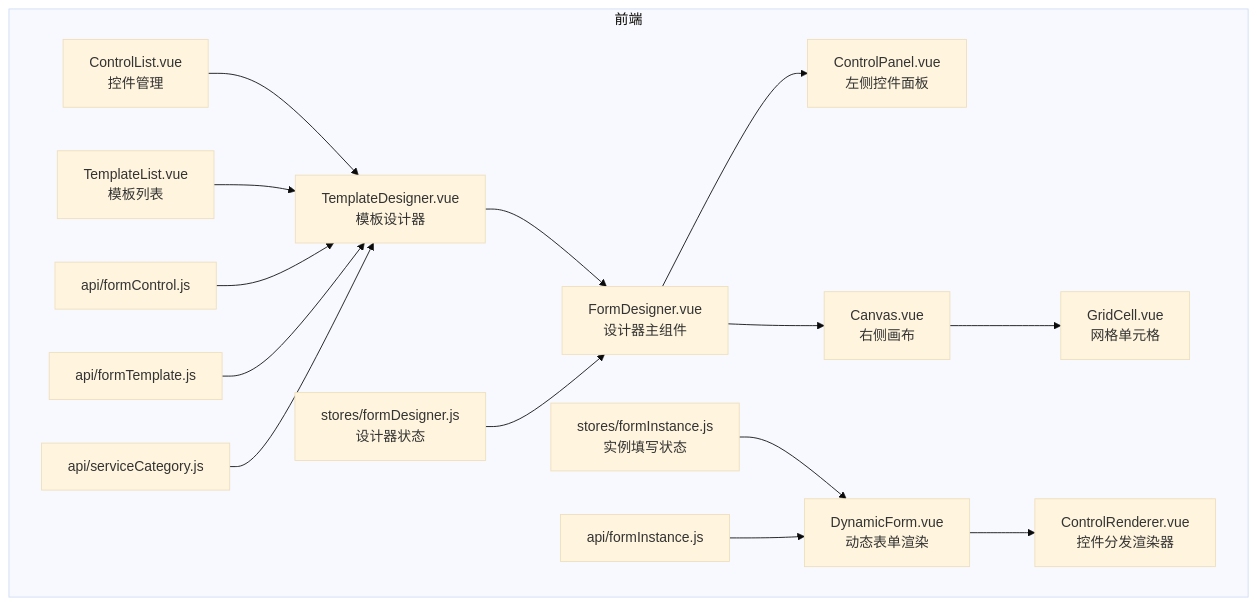
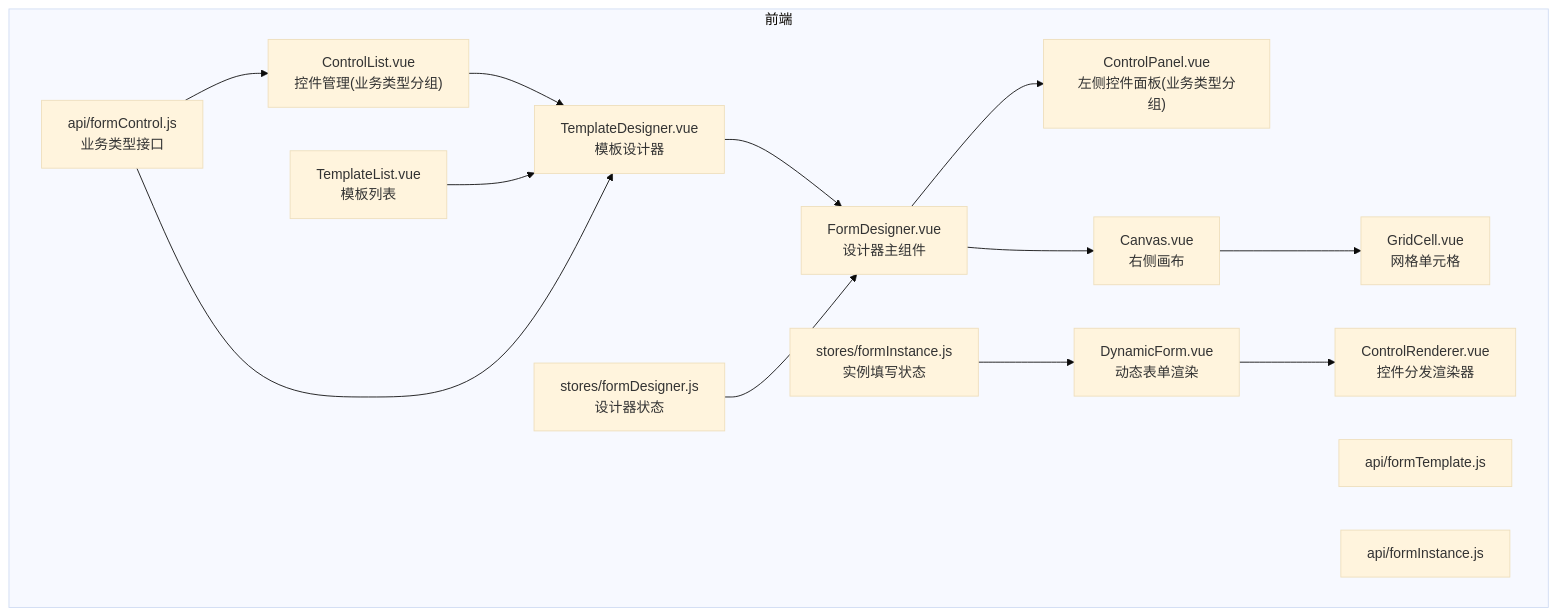
Before and after one commit to NJMrLi/genetics: the first of 11 diagrams in .qoder/repowiki/zh/content/前端架构设计/拖拽式表单设计器.md, drawn with Mermaid (base theme). The commit also changed other lines of this file and 19 other files, not shown here.

````diff
--- a/.qoder/repowiki/zh/content/前端架构设计/拖拽式表单设计器.md
+++ b/.qoder/repowiki/zh/content/前端架构设计/拖拽式表单设计器.md
@@ -55,33 +61,30 @@
 ```mermaid
 graph TB
 subgraph "前端"
-A["ControlList.vue<br/>控件管理"]
+A["ControlList.vue<br/>控件管理(业务类型分组)"]
 B["TemplateList.vue<br/>模板列表"]
 C["TemplateDesigner.vue<br/>模板设计器"]
 D["DynamicForm.vue<br/>动态表单渲染"]
 E["ControlRenderer.vue<br/>控件分发渲染器"]
 F["FormDesigner.vue<br/>设计器主组件"]
-G["ControlPanel.vue<br/>左侧控件面板"]
+G["ControlPanel.vue<br/>左侧控件面板(业务类型分组)"]
 H["Canvas.vue<br/>右侧画布"]
 I["GridCell.vue<br/>网格单元格"]
 J["stores/formDesigner.js<br/>设计器状态"]
 K["stores/formInstance.js<br/>实例填写状态"]
-L["api/formControl.js"]
+L["api/formControl.js<br/>业务类型接口"]
 M["api/formTemplate.js"]
 N["api/formInstance.js"]
-O["api/serviceCategory.js"]
 end
 A --> C
 B --> C
 C --> F
 F --> G
 F --> H
 H --> I
 D --> E
 J --> F
 K --> D
 L --> C
-M --> C
-N --> D
-O --> C
+L --> A
 ```
````
